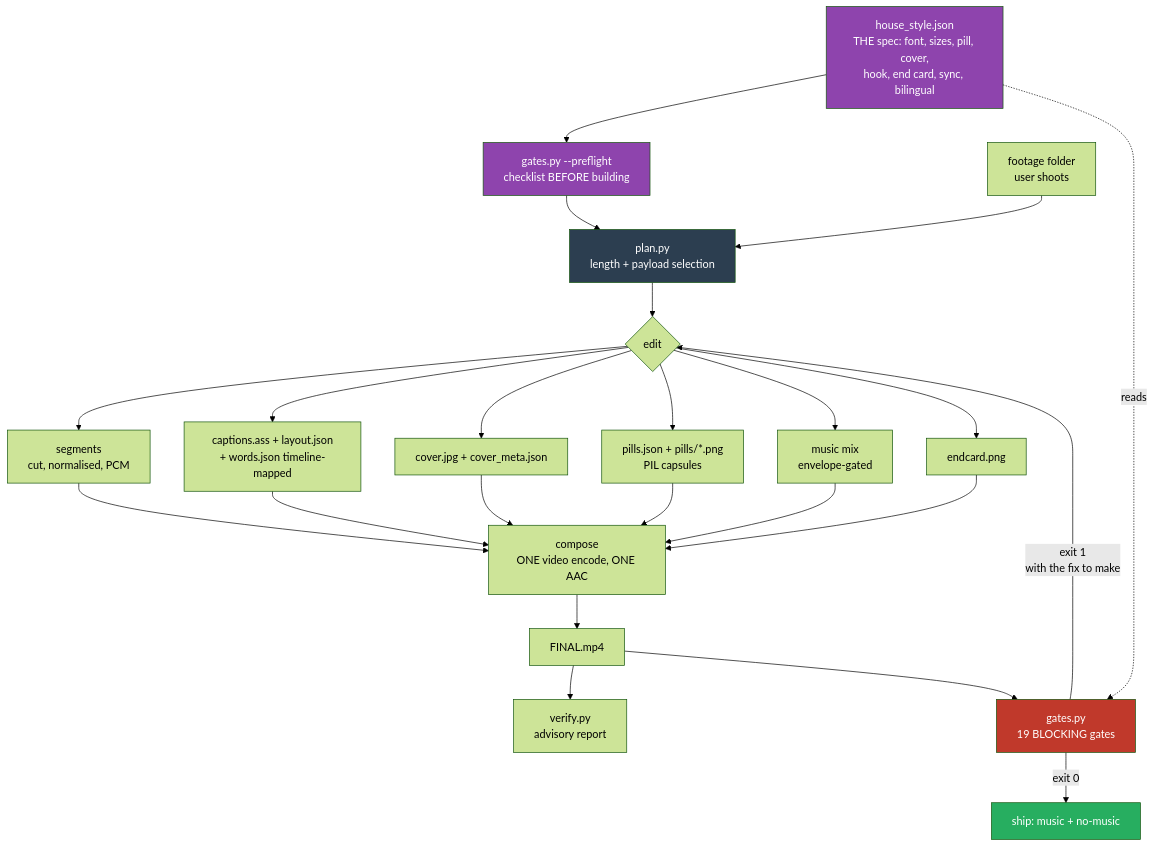
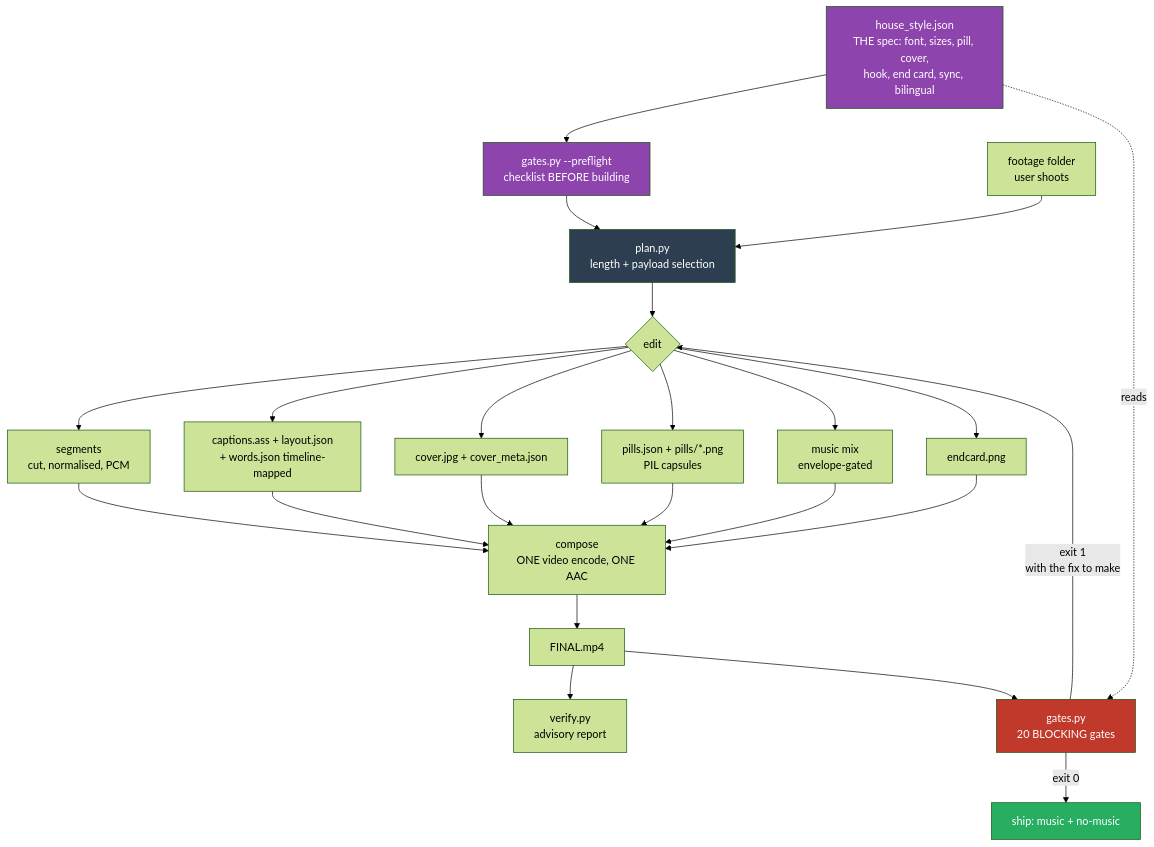
The first of 4 diagrams in skills/yiibu/ARCHITECTURE.md (chyiiiiiiiiiiii/yiibu), drawn with Mermaid (forest theme) before and after one commit. The commit also changed other lines of this file and 17 other files, not shown here.

````diff
--- a/skills/yiibu/ARCHITECTURE.md
+++ b/skills/yiibu/ARCHITECTURE.md
@@ -28,32 +28,32 @@
 ```mermaid
 flowchart TD
     HS[house_style.json<br/>THE spec: font, sizes, pill, cover,<br/>hook, end card, sync, bilingual]
     HS --> PF[gates.py --preflight<br/>checklist BEFORE building]
     PF --> B[plan.py<br/>length + payload selection]
     A[footage folder<br/>user shoots] --> B
     B --> C{edit}
     C --> D[segments<br/>cut, normalised, PCM]
     C --> E[captions.ass + layout.json<br/>+ words.json timeline-mapped]
     C --> F[cover.jpg + cover_meta.json]
     C --> P[pills.json + pills/*.png<br/>PIL capsules]
     C --> G[music mix<br/>envelope-gated]
     C --> N[endcard.png]
     D --> H[compose<br/>ONE video encode, ONE AAC]
     E --> H
     F --> H
     P --> H
     G --> H
     N --> H
     H --> I[FINAL.mp4]
     I --> J[verify.py<br/>advisory report]
-    I --> K[gates.py<br/>19 BLOCKING gates]
+    I --> K[gates.py<br/>20 BLOCKING gates]
     HS -.reads.-> K
     K -->|exit 1<br/>with the fix to make| C
     K -->|exit 0| L[ship: music + no-music]
 
     style K fill:#c0392b,color:#fff
     style HS fill:#8e44ad,color:#fff
     style PF fill:#8e44ad,color:#fff
     style B fill:#2c3e50,color:#fff
     style L fill:#27ae60,color:#fff
 ```
````
